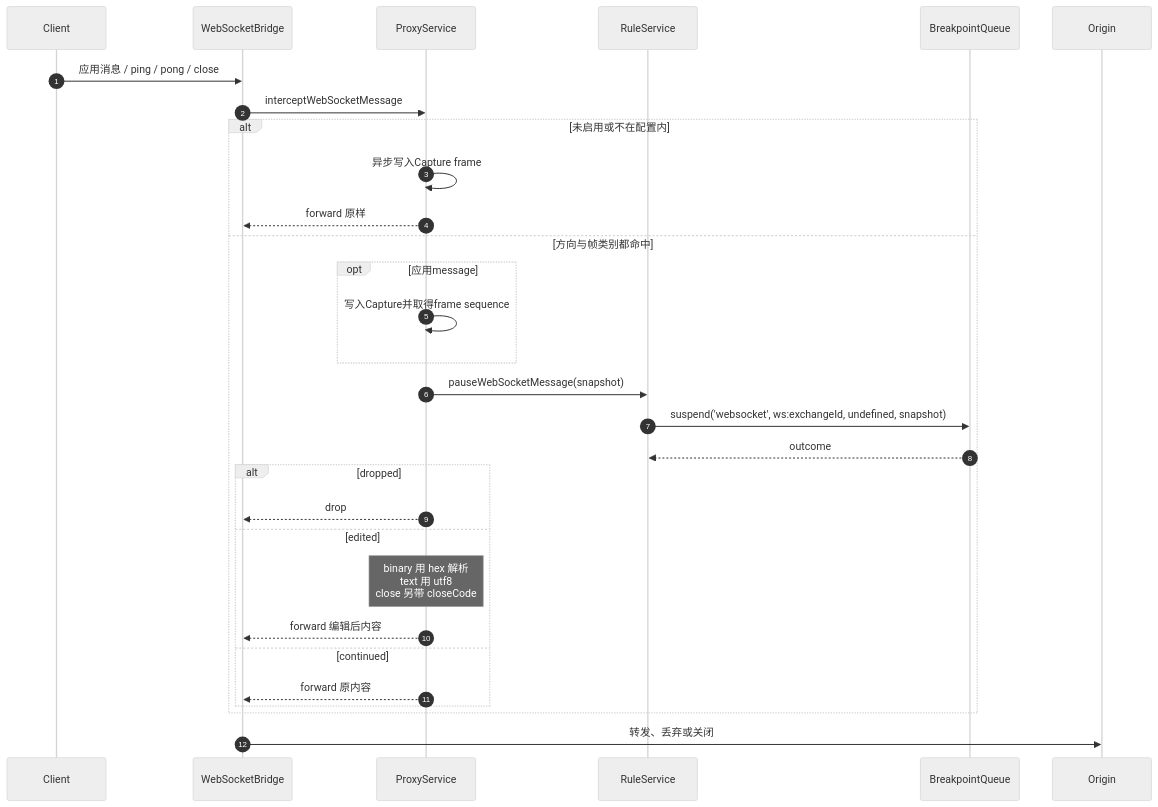
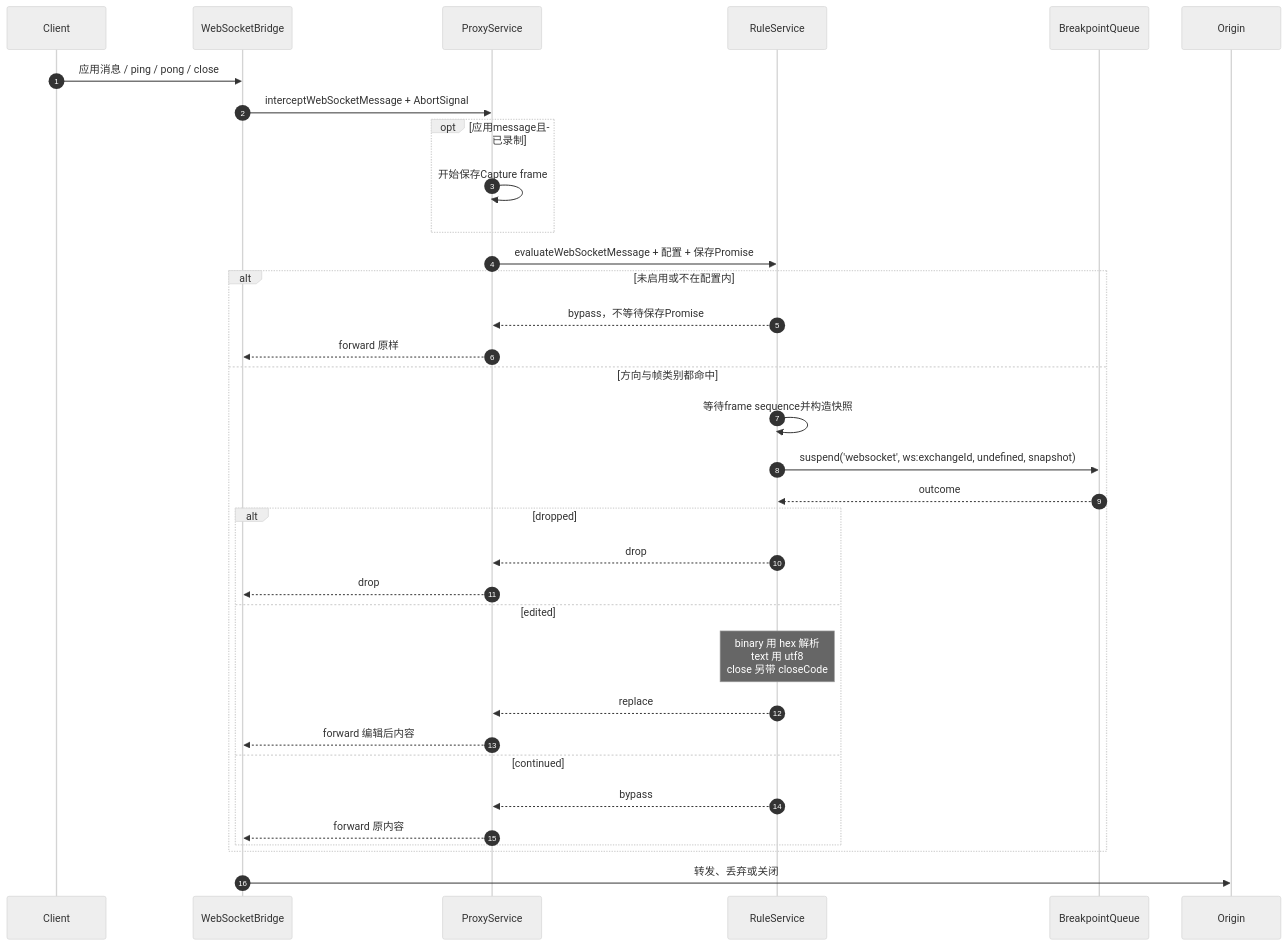
One commit to zhxmt-xm/Interceptor changed the third of 3 diagrams in architecture/features/breakpoints.md. Above: the diagram before and after it, drawn with Mermaid (neutral theme). The commit also changed other lines of this file and 83 other files, not shown here.

````diff
--- a/architecture/features/breakpoints.md
+++ b/architecture/features/breakpoints.md
@@ -133,33 +141,37 @@
 ```mermaid
 sequenceDiagram
     autonumber
     participant Client
     participant Bridge as WebSocketBridge
     participant Proxy as ProxyService
     participant Engine as RuleService
     participant Queue as BreakpointQueue
     participant Origin
 
     Client->>Bridge: 应用消息 / ping / pong / close
-    Bridge->>Proxy: interceptWebSocketMessage
+    Bridge->>Proxy: interceptWebSocketMessage + AbortSignal
+    opt 应用message且已录制
+        Proxy->>Proxy: 开始保存Capture frame
+    end
+    Proxy->>Engine: evaluateWebSocketMessage + 配置 + 保存Promise
     alt 未启用或不在配置内
-        Proxy->>Proxy: 异步写入Capture frame
+        Engine-->>Proxy: bypass，不等待保存Promise
         Proxy-->>Bridge: forward 原样
     else 方向与帧类别都命中
-        opt 应用message
-            Proxy->>Proxy: 写入Capture并取得frame sequence
-        end
-        Proxy->>Engine: pauseWebSocketMessage(snapshot)
+        Engine->>Engine: 等待frame sequence并构造快照
         Engine->>Queue: suspend('websocket', ws:exchangeId, undefined, snapshot)
         Queue-->>Engine: outcome
         alt dropped
+            Engine-->>Proxy: drop
             Proxy-->>Bridge: drop
         else edited
-            Note over Proxy: binary 用 hex 解析<br/>text 用 utf8<br/>close 另带 closeCode
+            Note over Engine: binary 用 hex 解析<br/>text 用 utf8<br/>close 另带 closeCode
+            Engine-->>Proxy: replace
             Proxy-->>Bridge: forward 编辑后内容
         else continued
+            Engine-->>Proxy: bypass
             Proxy-->>Bridge: forward 原内容
         end
     end
     Bridge->>Origin: 转发、丢弃或关闭
 ```
````
